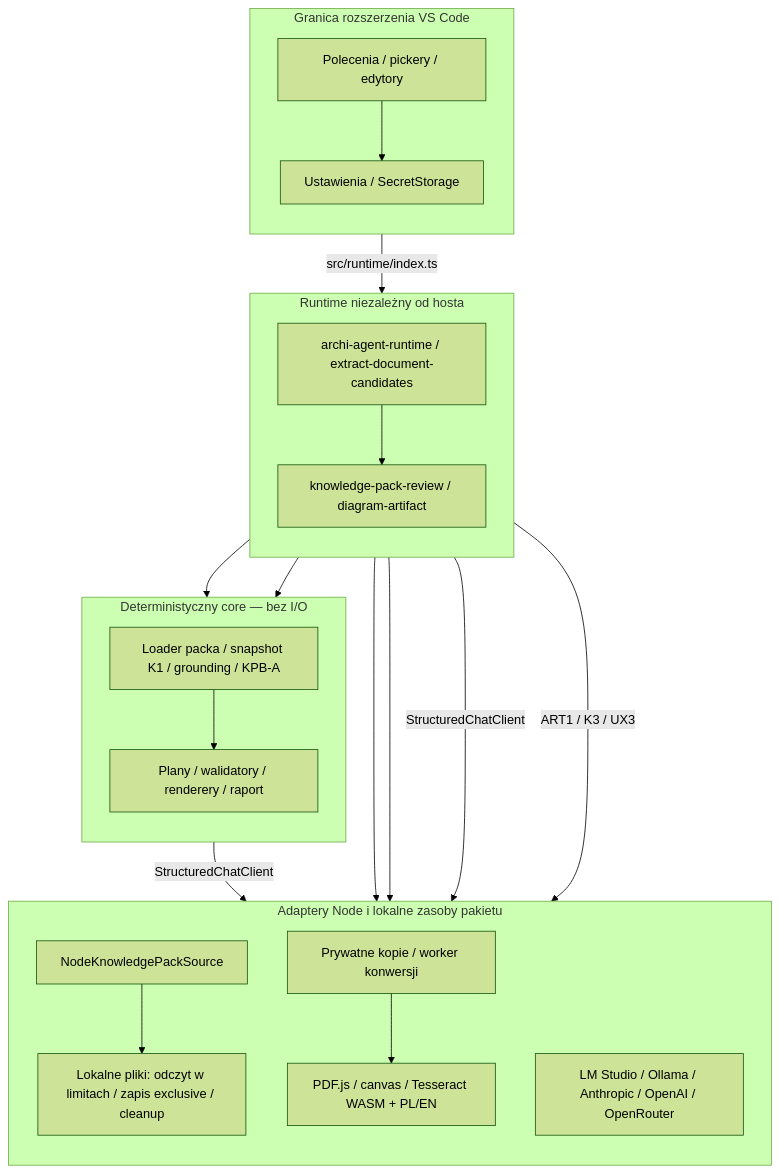
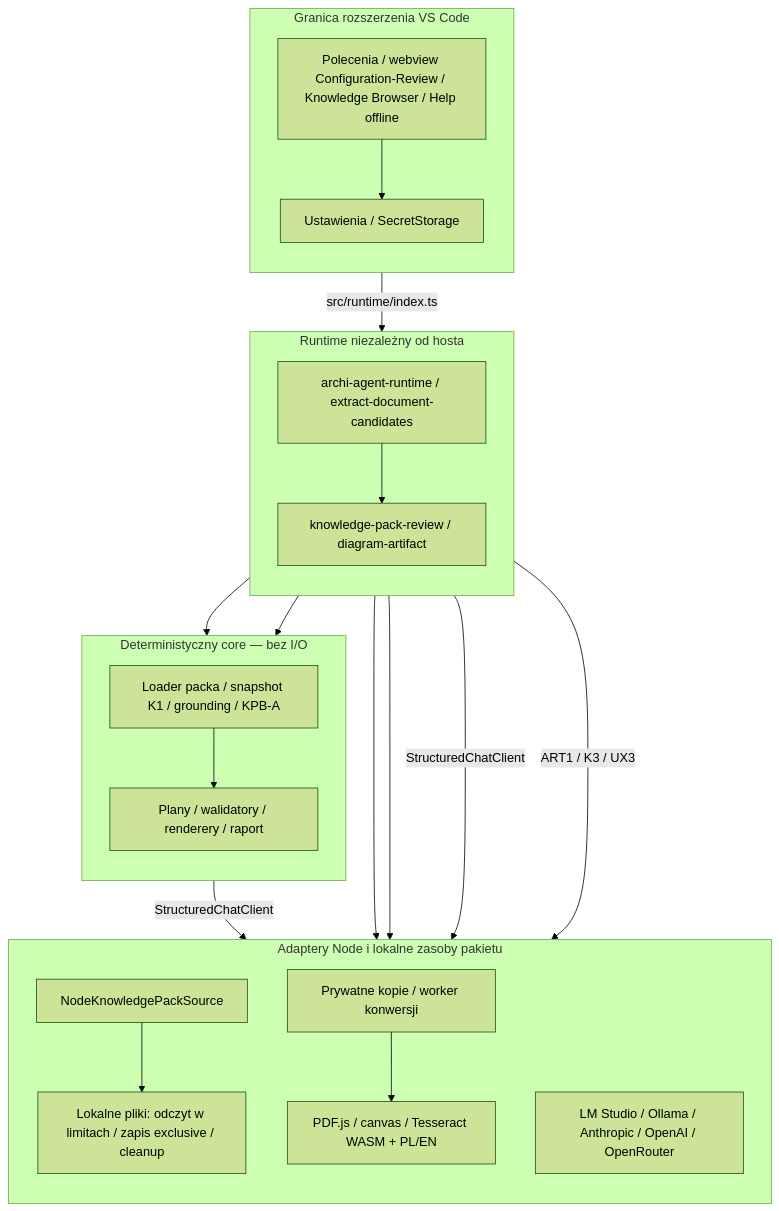
Before and after one commit to Setech-pl/archi-agent: the first of 5 diagrams in docs/pl/architecture.md, drawn with Mermaid (forest theme). The commit also changed other lines of this file and 45 other files, not shown here.

Commit message:
docs: add impersonal PL/EN guides and offline Help

````diff
--- a/docs/pl/architecture.md
+++ b/docs/pl/architecture.md
@@ -13,29 +13,29 @@
 ```mermaid
 flowchart TB
   subgraph Host["Granica rozszerzenia VS Code"]
     direction TB
-    UI["Polecenia / pickery / edytory"] --> Settings["Ustawienia / SecretStorage"]
+    UI["Polecenia / webview Configuration-Review / Knowledge Browser / Help offline"] --> Settings["Ustawienia / SecretStorage"]
   end
   subgraph Runtime["Runtime niezależny od hosta"]
     direction TB
     App["archi-agent-runtime / extract-document-candidates"] --> Review["knowledge-pack-review / diagram-artifact"]
   end
   subgraph Core["Deterministyczny core — bez I/O"]
     direction TB
     Knowledge["Loader packa / snapshot K1 / grounding / KPB-A"] --> Pipeline["Plany / walidatory / renderery / raport"]
   end
   subgraph Adapters["Adaptery Node i lokalne zasoby pakietu"]
     direction TB
     Pack["NodeKnowledgePackSource"] --> Files["Lokalne pliki: odczyt w limitach / zapis exclusive / cleanup"]
     Conversion["Prywatne kopie / worker konwersji"] --> OCR["PDF.js / canvas / Tesseract WASM + PL/EN"]
     Providers["LM Studio / Ollama / Anthropic / OpenAI / OpenRouter"]
   end
   UI -->|src/runtime/index.ts| App
   App --> Knowledge
   Review --> Knowledge
   App --> Pack
   App --> Conversion
   Pipeline -->|StructuredChatClient| Providers
   App -->|StructuredChatClient| Providers
   Review -->|ART1 / K3 / UX3| Files
 ```
````
